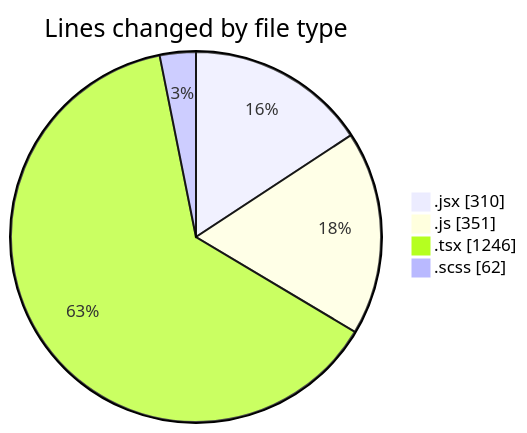
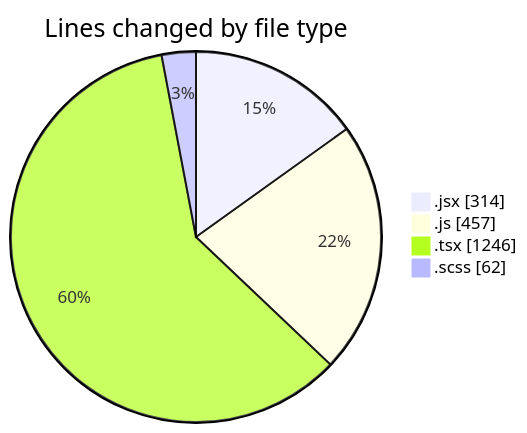
One commit to momahboobian/code-tracking changed the first of 2 diagrams in 2026-02-12/cda/README.md. Above: the diagram before and after it, drawn with Mermaid. The commit also changed other lines of this file and 1 other file, not shown here.

````diff
--- a/2026-02-12/cda/README.md
+++ b/2026-02-12/cda/README.md
@@ -25,8 +26,8 @@
 ```mermaid
 pie showData
 title Lines changed by file type
-".jsx" : 310
-".js" : 351
+".jsx" : 314
+".js" : 457
 ".tsx" : 1246
 ".scss" : 62
 ```
````
